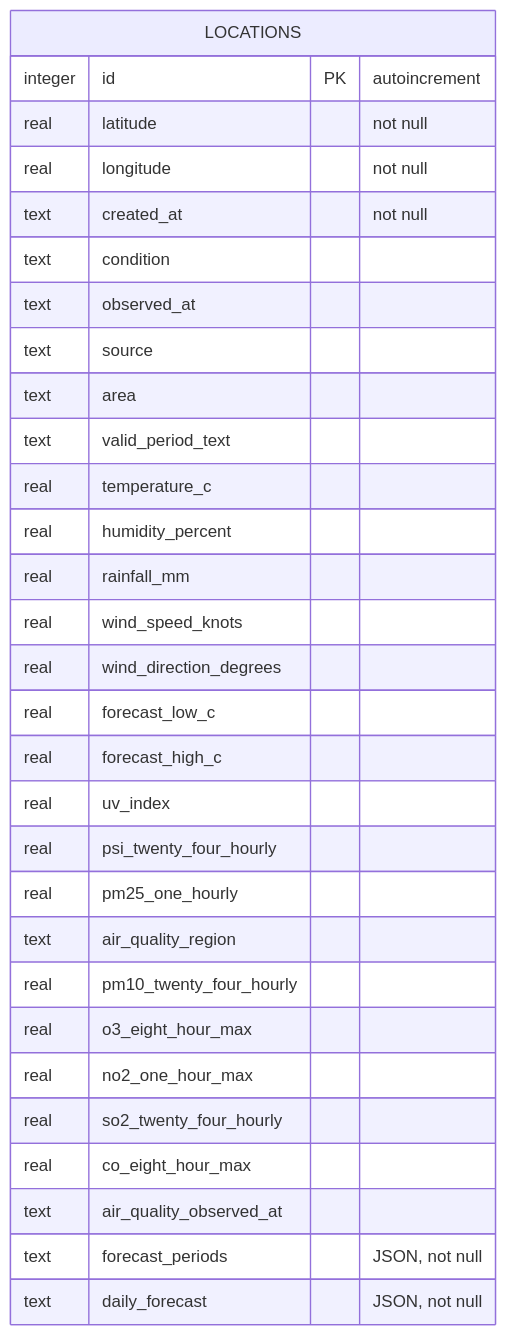
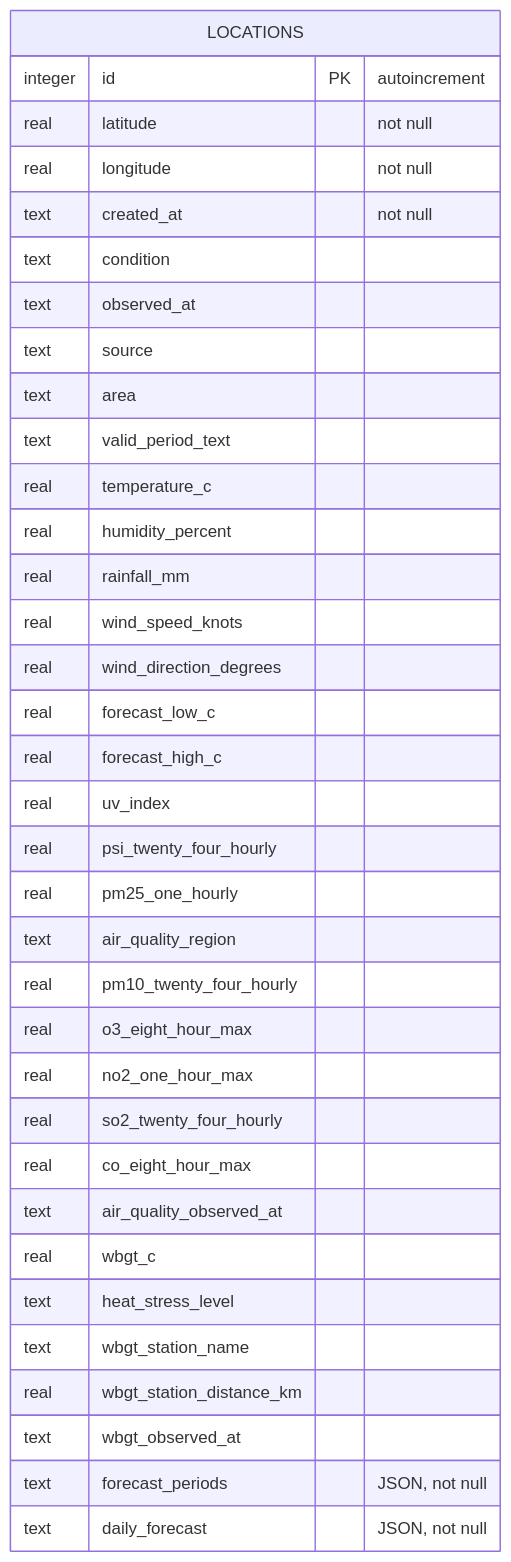
One commit to chuan77/AIxTech-SG-Weather changed the second of 2 diagrams in docs/src/content/docs/backend/storage.md. Above: the diagram before and after it, drawn with Mermaid. The commit also changed 42 other files, not shown here.

First line of the commit message:
feat: add NEA WBGT heat-stress tile with paced provider requests

````diff
--- a/docs/src/content/docs/backend/storage.md
+++ b/docs/src/content/docs/backend/storage.md
@@ -42,33 +42,38 @@
 ```mermaid
 erDiagram
   LOCATIONS {
     integer id PK "autoincrement"
     real latitude "not null"
     real longitude "not null"
     text created_at "not null"
     text condition
     text observed_at
     text source
     text area
     text valid_period_text
     real temperature_c
     real humidity_percent
     real rainfall_mm
     real wind_speed_knots
     real wind_direction_degrees
     real forecast_low_c
     real forecast_high_c
     real uv_index
     real psi_twenty_four_hourly
     real pm25_one_hourly
     text air_quality_region
     real pm10_twenty_four_hourly
     real o3_eight_hour_max
     real no2_one_hour_max
     real so2_twenty_four_hourly
     real co_eight_hour_max
     text air_quality_observed_at
+    real wbgt_c
+    text heat_stress_level
+    text wbgt_station_name
+    real wbgt_station_distance_km
+    text wbgt_observed_at
     text forecast_periods "JSON, not null"
     text daily_forecast "JSON, not null"
   }
 ```
````
